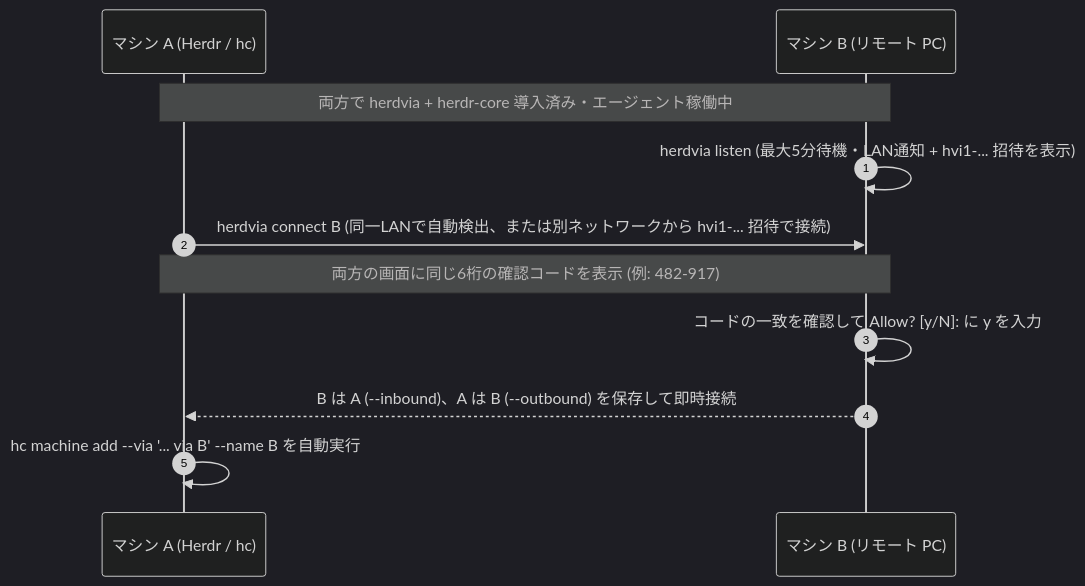
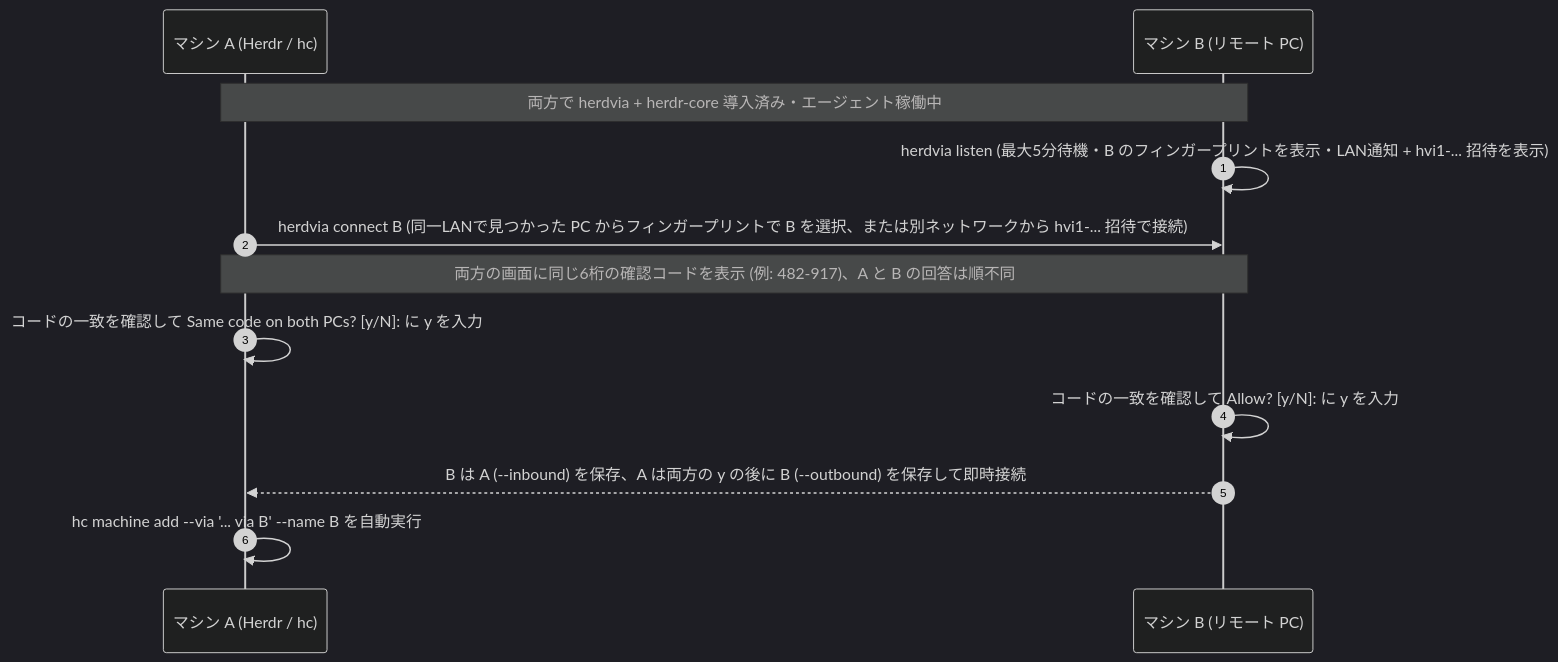
The diagram in docs/README.ja.md (photojupi/herdvia), drawn with Mermaid (dark theme) before and after one commit. The commit also changed other lines of this file and 22 other files, not shown here.

````diff
--- a/docs/README.ja.md
+++ b/docs/README.ja.md
@@ -152,14 +152,15 @@
 ```mermaid
 sequenceDiagram
     autonumber
     participant A as マシン A (Herdr / hc)
     participant B as マシン B (リモート PC)
 
     Note over A,B: 両方で herdvia + herdr-core 導入済み・エージェント稼働中
-    B->>B: herdvia listen (最大5分待機・LAN通知 + hvi1-... 招待を表示)
-    A->>B: herdvia connect B (同一LANで自動検出、または別ネットワークから hvi1-... 招待で接続)
-    Note over A,B: 両方の画面に同じ6桁の確認コードを表示 (例: 482-917)
+    B->>B: herdvia listen (最大5分待機・B のフィンガープリントを表示・LAN通知 + hvi1-... 招待を表示)
+    A->>B: herdvia connect B (同一LANで見つかった PC からフィンガープリントで B を選択、または別ネットワークから hvi1-... 招待で接続)
+    Note over A,B: 両方の画面に同じ6桁の確認コードを表示 (例: 482-917)、A と B の回答は順不同
+    A->>A: コードの一致を確認して Same code on both PCs? [y/N]: に y を入力
     B->>B: コードの一致を確認して Allow? [y/N]: に y を入力
-    B-->>A: B は A (--inbound)、A は B (--outbound) を保存して即時接続
+    B-->>A: B は A (--inbound) を保存、A は両方の y の後に B (--outbound) を保存して即時接続
     A->>A: hc machine add --via '... via B' --name B を自動実行
 ```
````
